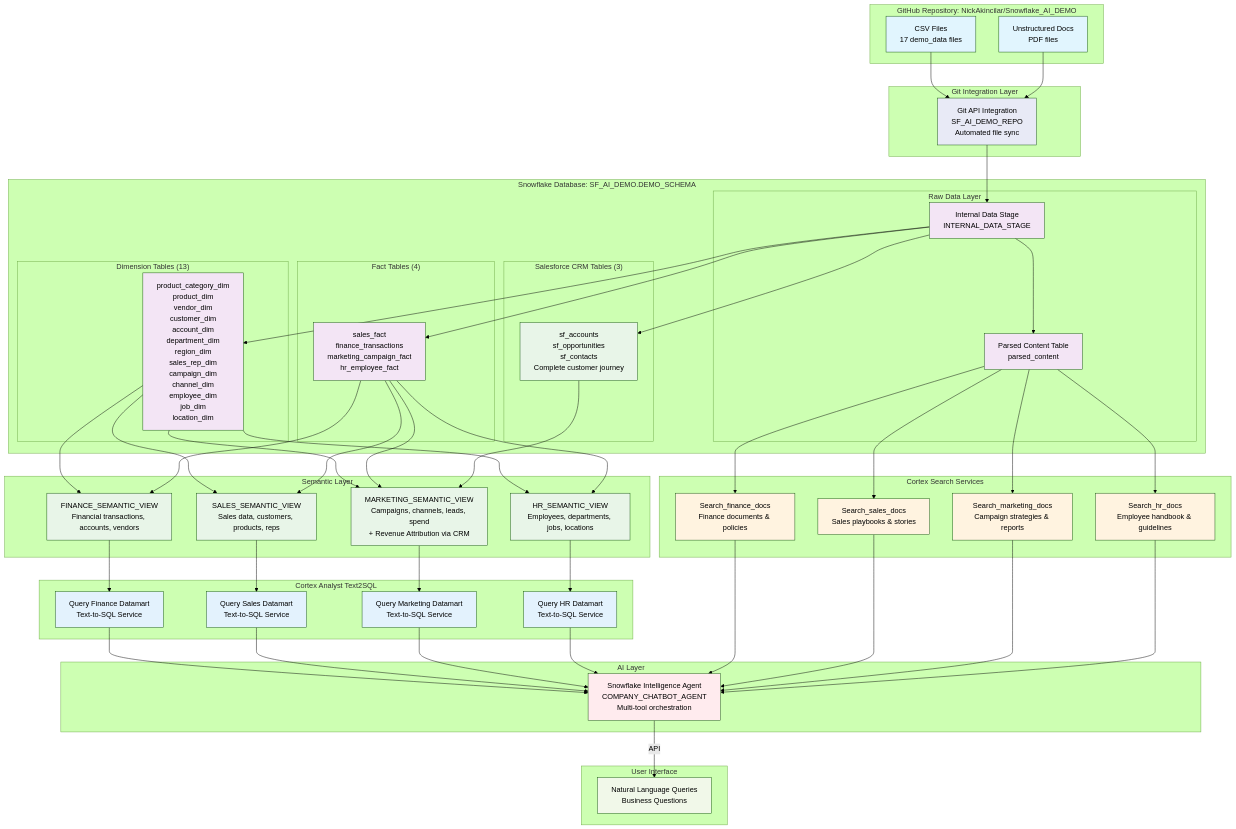
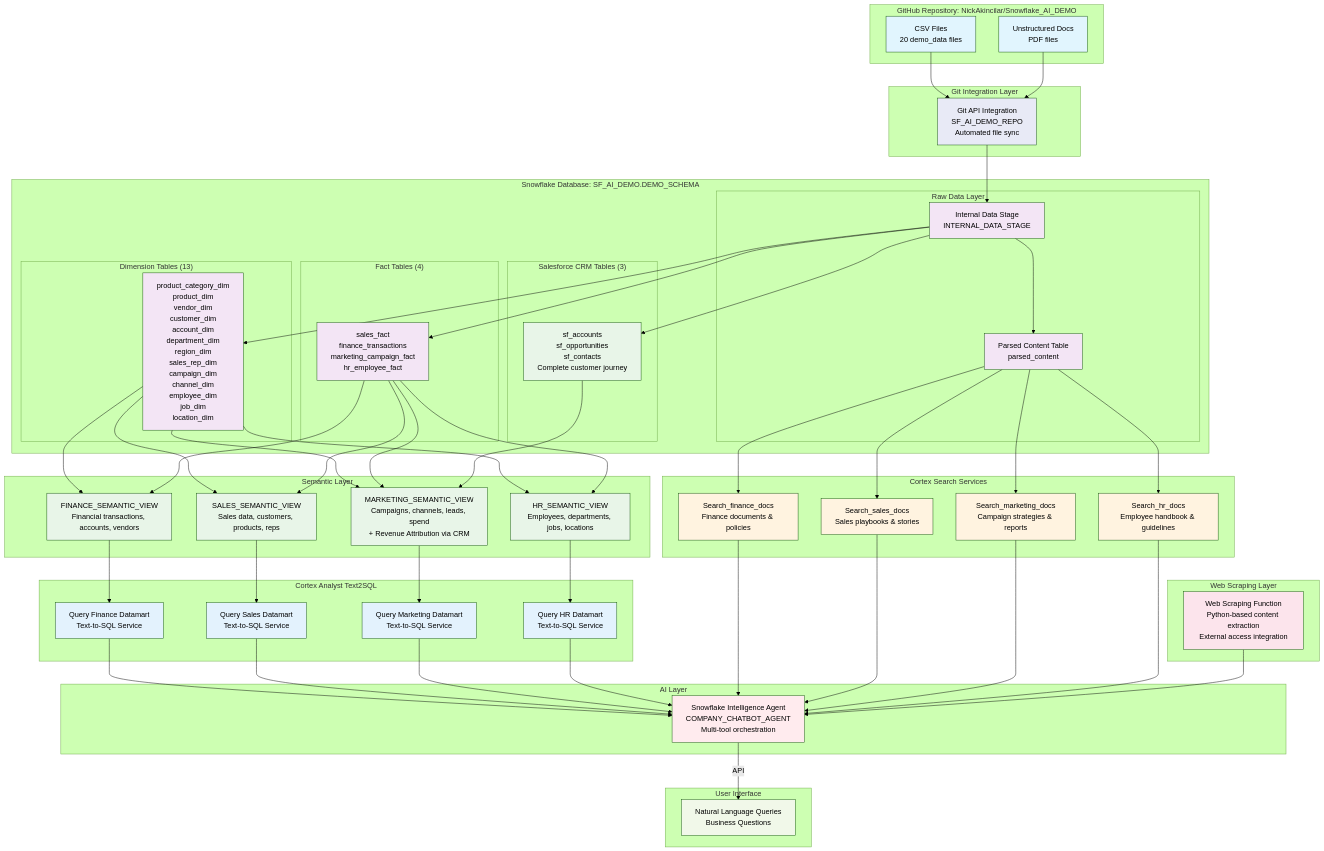
The diagram in README.md (shabnam-b/Snowflake_AI_DEMO), drawn with Mermaid (forest theme) before and after one commit. The commit also changed other lines of this file, not shown here.

````diff
--- a/README.md
+++ b/README.md
@@ -46,7 +47,7 @@
 ```mermaid
 graph TD
     subgraph "GitHub Repository: NickAkincilar/Snowflake_AI_DEMO"
-        B[CSV Files<br/>17 demo_data files]
+        B[CSV Files<br/>20 demo_data files]
         C[Unstructured Docs<br/>PDF files]
     end
 
@@ -92,6 +93,10 @@
         M[Search_sales_docs<br/>Sales playbooks & stories]
         N[Search_marketing_docs<br/>Campaign strategies & reports]
         O[Search_hr_docs<br/>Employee handbook & guidelines]
+    end
+
+    subgraph "Web Scraping Layer"
+        WS[Web Scraping Function<br/>Python-based content extraction<br/>External access integration]
     end
 
     subgraph "AI Layer"
@@ -143,6 +148,7 @@
     M --> P
     N --> P
     O --> P
+    WS --> P
     
     %% User Access via API
     P -->|API| Q
@@ -155,6 +161,7 @@
     classDef semantic fill:#e8f5e8
     classDef analyst fill:#e3f2fd
     classDef search fill:#fff3e0
+    classDef webscrape fill:#fce4ec
     classDef agent fill:#ffebee
     classDef user fill:#f1f8e9
     
@@ -165,6 +172,7 @@
     class H,I,J,K semantic
     class S,T,U,V analyst
     class L,M,N,O search
+    class WS webscrape
     class P agent
     class Q user
 ```
````
